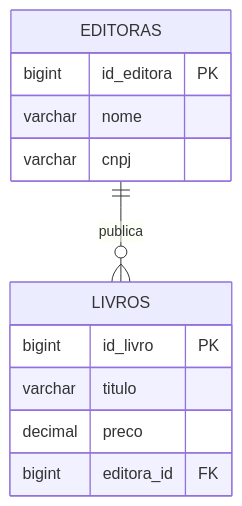
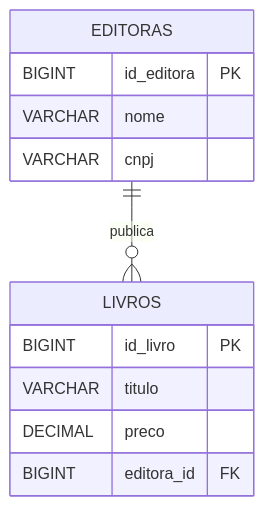
One commit to DSM-Fatec-Jahu/BDR-DSM-2026-2 changed diagram 12 of 13 in docs/aulas/Cardinalidade_MER_Completo.md. Above: the diagram before and after it, drawn with Mermaid. The commit also changed other lines of this file and 2 other files, not shown here.

First line of the commit message:
Padroniza tipos SQL em MAIÚSCULAS nos diagramas (Regra 3)

````diff
--- a/docs/aulas/Cardinalidade_MER_Completo.md
+++ b/docs/aulas/Cardinalidade_MER_Completo.md
@@ -567,17 +567,17 @@
 ```mermaid
 erDiagram
     EDITORAS {
-        bigint id_editora PK
-        varchar nome
-        varchar cnpj
+        BIGINT id_editora PK
+        VARCHAR nome
+        VARCHAR cnpj
     }
 
     LIVROS {
-        bigint id_livro PK
-        varchar titulo
-        decimal preco
-        bigint editora_id FK
+        BIGINT id_livro PK
+        VARCHAR titulo
+        DECIMAL preco
+        BIGINT editora_id FK
     }
 
     EDITORAS ||--o{ LIVROS : "publica"
 ```
````
